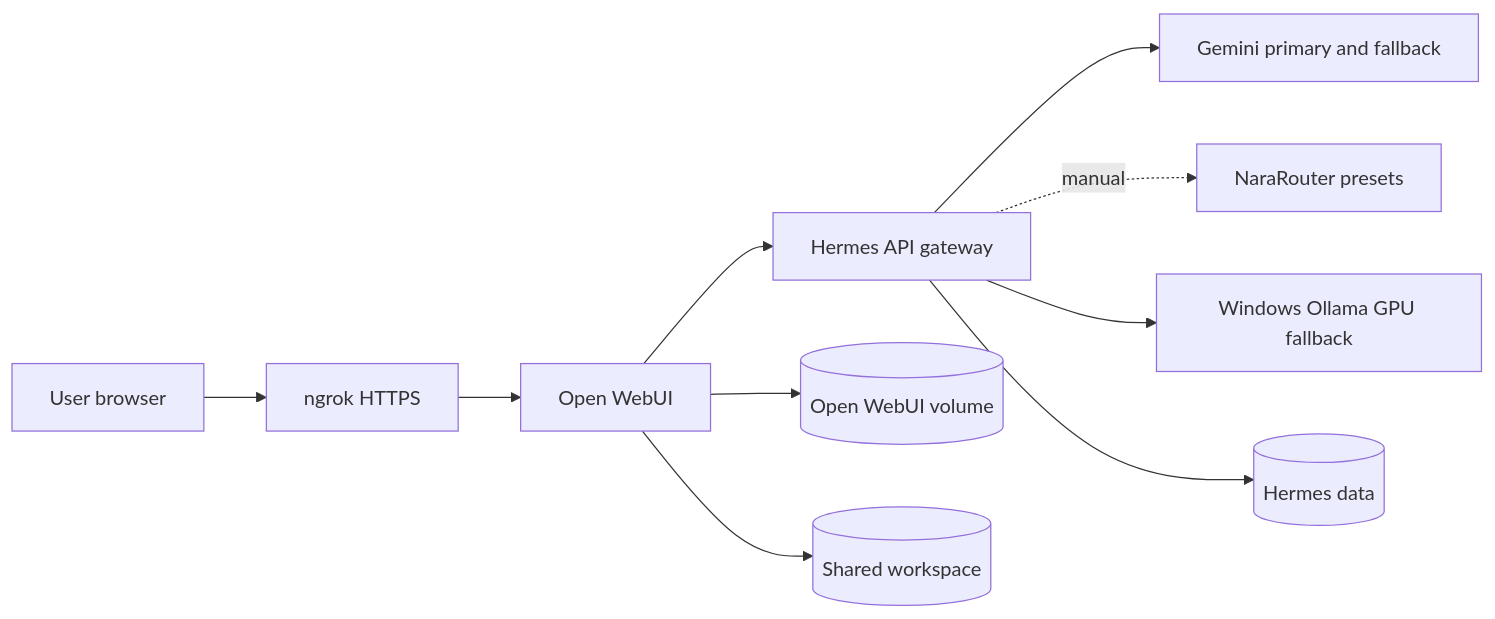
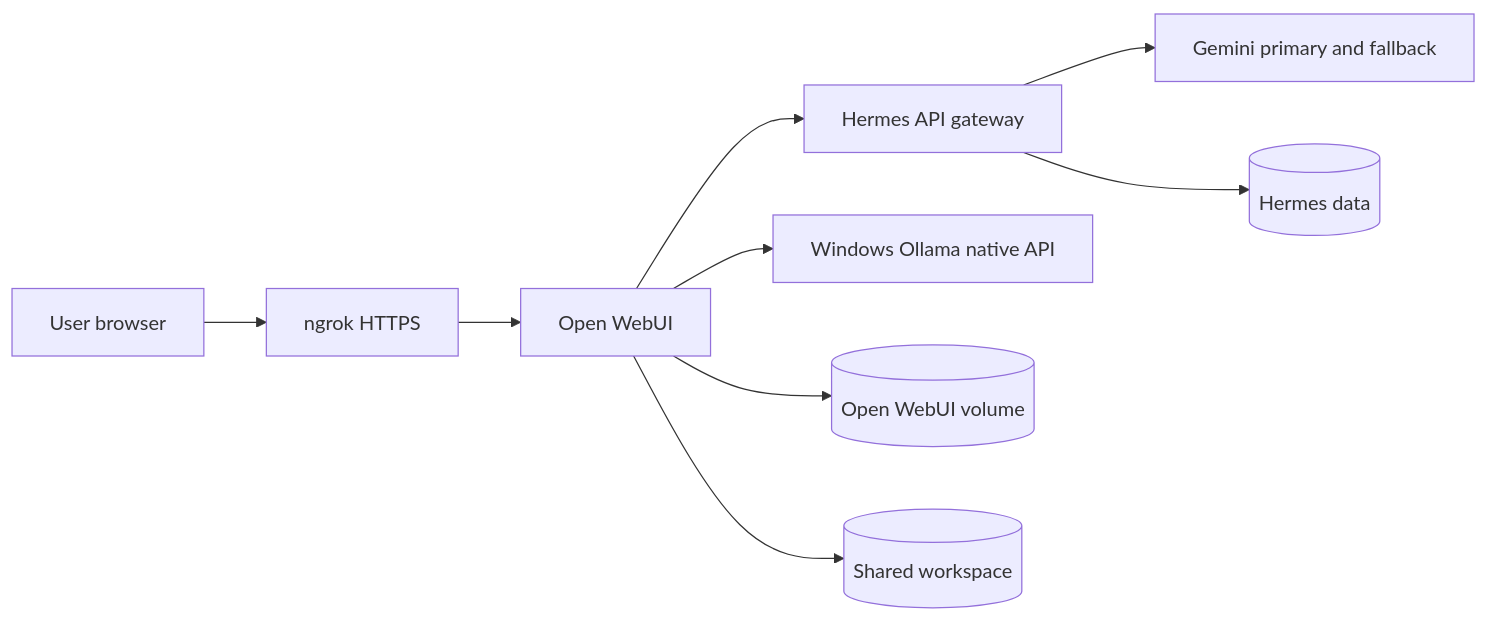
The diagram in docs/IMPLEMENTATION_PLAN.md (ahmed-el-mahdy/hermes-ngrok-automation), drawn with Mermaid before and after one commit. The commit also changed other lines of this file and 16 other files, not shown here.

Commit message:
Add persistent native Ollama GPU integration

````diff
--- a/docs/IMPLEMENTATION_PLAN.md
+++ b/docs/IMPLEMENTATION_PLAN.md
@@ -9,12 +9,11 @@
 ```mermaid
 flowchart LR
   U[User browser] --> N[ngrok HTTPS]
   N --> W[Open WebUI]
   W --> H[Hermes API gateway]
   H --> G[Gemini primary and fallback]
-  H -. manual .-> R[NaraRouter presets]
-  H --> O[Windows Ollama GPU fallback]
+  W --> O[Windows Ollama native API]
   W --> D[(Open WebUI volume)]
   H --> C[(Hermes data)]
   W --> S[(Shared workspace)]
 ```
````
